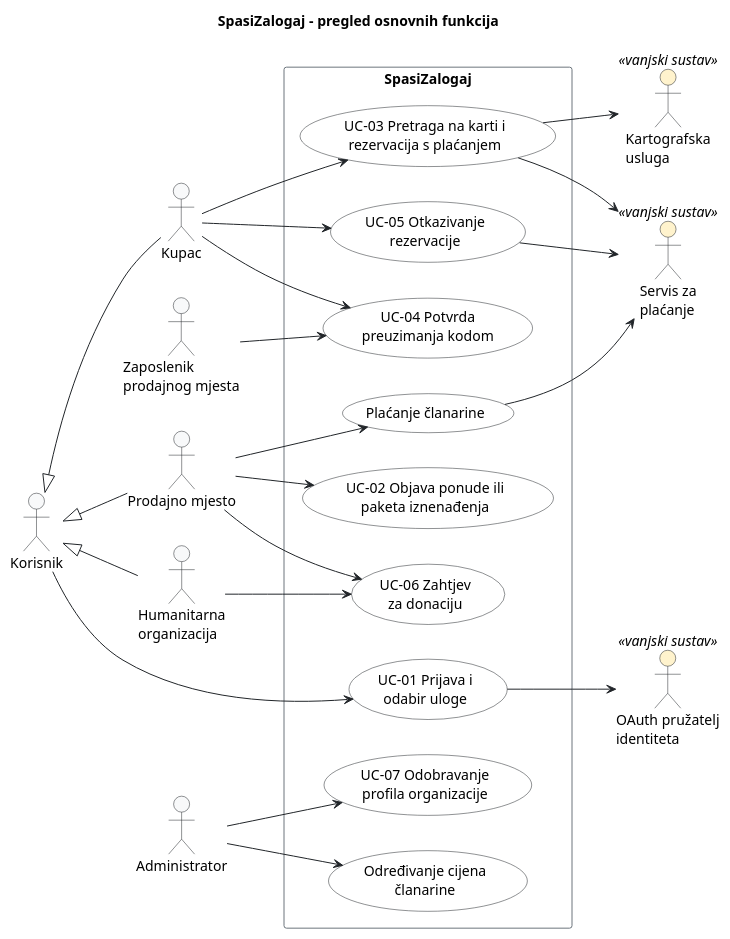
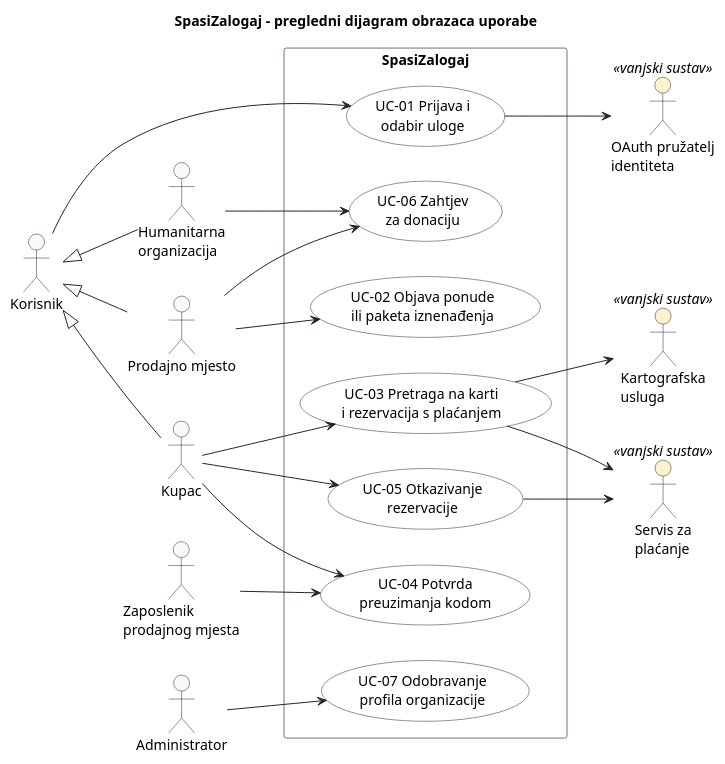
Before and after one commit to frenki1004/Menzory: the diagram in docs/puml/3-1-spasizalogaj-system-UC.puml, drawn with PlantUML. The commit also changed other lines of this file and 3 other files, not shown here.

Commit message:
docs: procisti pregledni UC dijagram 3-1 i regeneriraj SVG-ove

```diff
--- a/docs/puml/3-1-spasizalogaj-system-UC.puml
+++ b/docs/puml/3-1-spasizalogaj-system-UC.puml
@@ -14,88 +13,66 @@
 @startuml
-title SpasiZalogaj – pregled osnovnih funkcija
+title SpasiZalogaj – pregledni dijagram obrazaca uporabe
 left to right direction
 
 skinparam shadowing false
 skinparam defaultFontName Arial
 skinparam ArrowColor #212529
+
 skinparam actor {
     BackgroundColor #F8F9FA
     BorderColor #212529
     BackgroundColor<<vanjski sustav>> #FFF3CD
 }
 skinparam usecase {
     BackgroundColor #FFFFFF
     BorderColor #212529
 }
 skinparam rectangle {
     BorderColor #6C757D
 }
 
-' Opći akter: zajednički osnovni obrazac uporabe svih registriranih korisnika
 actor "Korisnik" as Korisnik
-
-' Primarni akteri
+actor "Prodajno mjesto" as Prodavac
 actor "Kupac" as Kupac
-actor "Prodajno mjesto" as Prodavac
+actor "Zaposlenik\nprodajnog mjesta" as Zaposlenik
 actor "Humanitarna\norganizacija" as Org
-actor "Zaposlenik\nprodajnog mjesta" as Zaposlenik
 actor "Administrator" as Admin
 
 Kupac -up-|> Korisnik
 Prodavac -up-|> Korisnik
 Org -up-|> Korisnik
 
 rectangle "SpasiZalogaj" {
-    ' Zajedničko
     usecase "UC-01 Prijava i\nodabir uloge" as UC01
-
-    ' Kupac
-    usecase "UC-03 Pretraga na karti i\nrezervacija s plaćanjem" as UC03
+    usecase "UC-02 Objava ponude\nili paketa iznenađenja" as UC02
+    usecase "UC-03 Pretraga na karti\ni rezervacija s plaćanjem" as UC03
+    usecase "UC-04 Potvrda\npreuzimanja kodom" as UC04
     usecase "UC-05 Otkazivanje\nrezervacije" as UC05
-
-    ' Preuzimanje (Kupac i Zaposlenik)
-    usecase "UC-04 Potvrda\npreuzimanja kodom" as UC04
-
-    ' Prodajno mjesto
-    usecase "Plaćanje članarine" as UCClan
-    usecase "UC-02 Objava ponude ili\npaketa iznenađenja" as UC02
-
-    ' Donacije (Humanitarna organizacija i Prodajno mjesto)
     usecase "UC-06 Zahtjev\nza donaciju" as UC06
-
-    ' Administrator
     usecase "UC-07 Odobravanje\nprofila organizacije" as UC07
-    usecase "Određivanje cijena\nčlanarine" as UCCij
 }
 
-' Vanjski sustavi (sekundarni akteri)
 actor "OAuth pružatelj\nidentiteta" as OAuth <<vanjski sustav>>
+actor "Kartografska\nusluga" as Karta <<vanjski sustav>>
 actor "Servis za\nplaćanje" as Placanje <<vanjski sustav>>
-actor "Kartografska\nusluga" as Karta <<vanjski sustav>>
 
-' Povezivanje aktera i obrazaca uporabe
 Korisnik --> UC01
+UC01 --> OAuth
+
+Prodavac --> UC02
 
 Kupac --> UC03
 Kupac --> UC04
 Kupac --> UC05
 
-Prodavac --> UCClan
-Prodavac --> UC02
-Prodavac --> UC06
+UC03 --> Karta
+UC03 --> Placanje
+UC05 --> Placanje
 
 Zaposlenik --> UC04
 
 Org --> UC06
+Prodavac --> UC06
 
 Admin --> UC07
-Admin --> UCCij
-
-' Povezivanje s vanjskim servisima
-UC01 --> OAuth
-UC03 --> Karta
-UC03 --> Placanje
-UC05 --> Placanje
-UCClan --> Placanje
-
 @enduml
```
